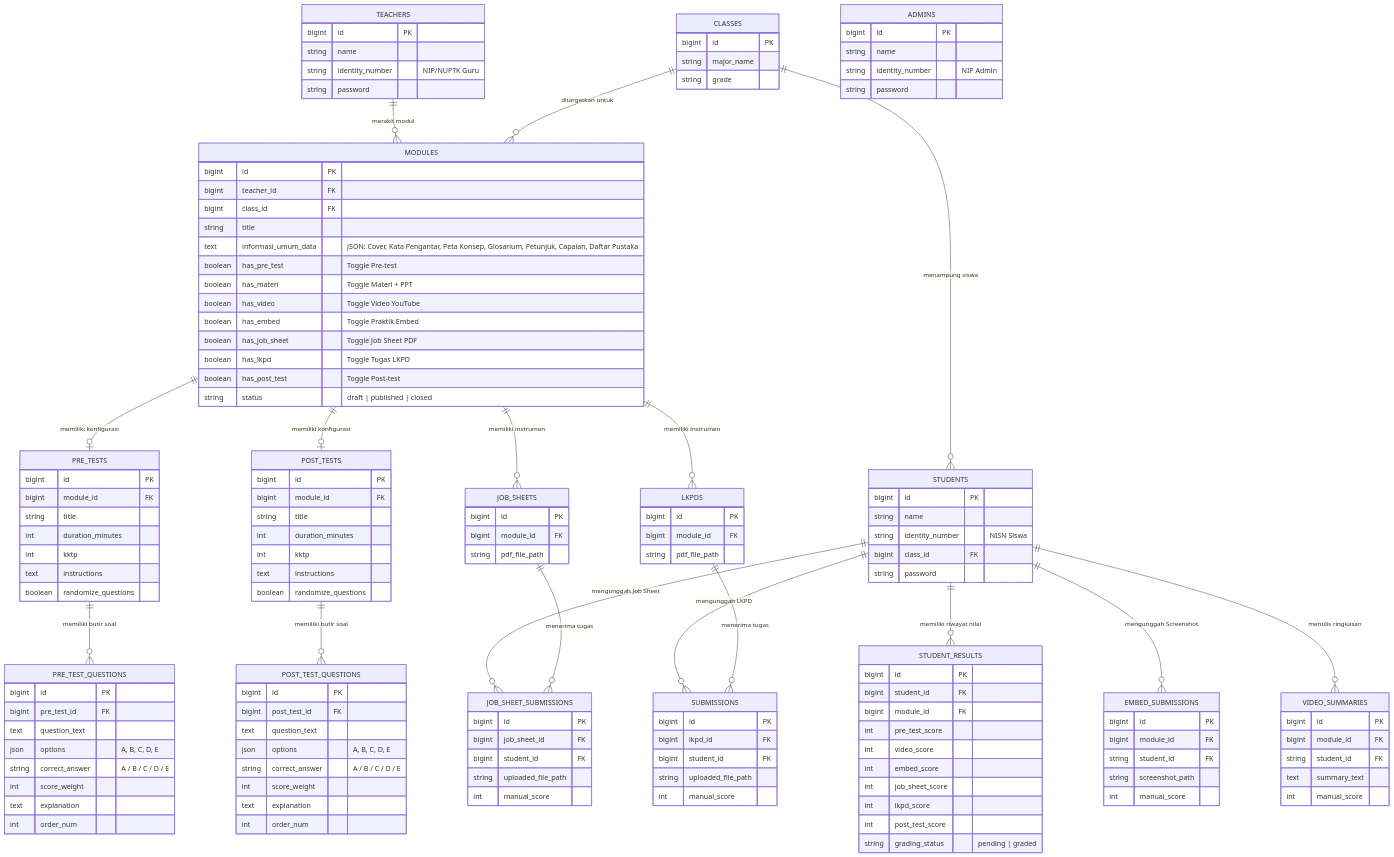
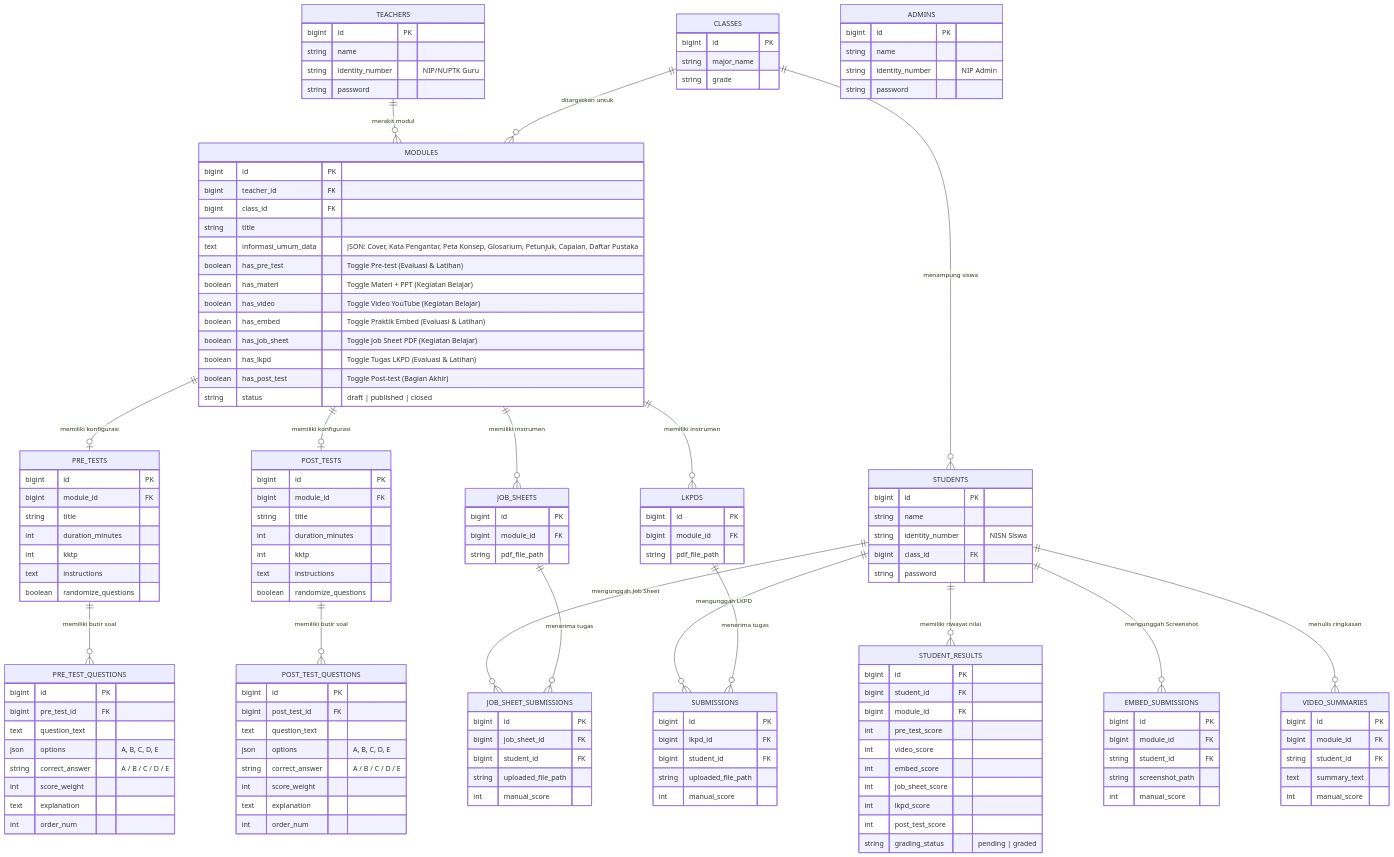
One commit to AdiLamunedo21/e-modul changed the second of 2 diagrams in prd.md. Above: the diagram before and after it, drawn with Mermaid. The commit also changed other lines of this file and 13 other files, not shown here.

Commit message:
feat: refactor module detail interface to 5-section pedagogical architecture with paired side-by-side layout, PRD alignment, and developer docblocks

```diff
--- a/prd.md
+++ b/prd.md
@@ -299,13 +309,13 @@
         bigint class_id FK
         string title
         text informasi_umum_data "JSON: Cover, Kata Pengantar, Peta Konsep, Glosarium, Petunjuk, Capaian, Daftar Pustaka"
-        boolean has_pre_test "Toggle Pre-test"
-        boolean has_materi "Toggle Materi + PPT"
-        boolean has_video "Toggle Video YouTube"
-        boolean has_embed "Toggle Praktik Embed"
-        boolean has_job_sheet "Toggle Job Sheet PDF"
-        boolean has_lkpd "Toggle Tugas LKPD"
-        boolean has_post_test "Toggle Post-test"
+        boolean has_pre_test "Toggle Pre-test (Evaluasi & Latihan)"
+        boolean has_materi "Toggle Materi + PPT (Kegiatan Belajar)"
+        boolean has_video "Toggle Video YouTube (Kegiatan Belajar)"
+        boolean has_embed "Toggle Praktik Embed (Evaluasi & Latihan)"
+        boolean has_job_sheet "Toggle Job Sheet PDF (Kegiatan Belajar)"
+        boolean has_lkpd "Toggle Tugas LKPD (Evaluasi & Latihan)"
+        boolean has_post_test "Toggle Post-test (Bagian Akhir)"
         string status "draft | published | closed"
     }
     PRE_TESTS {
```
